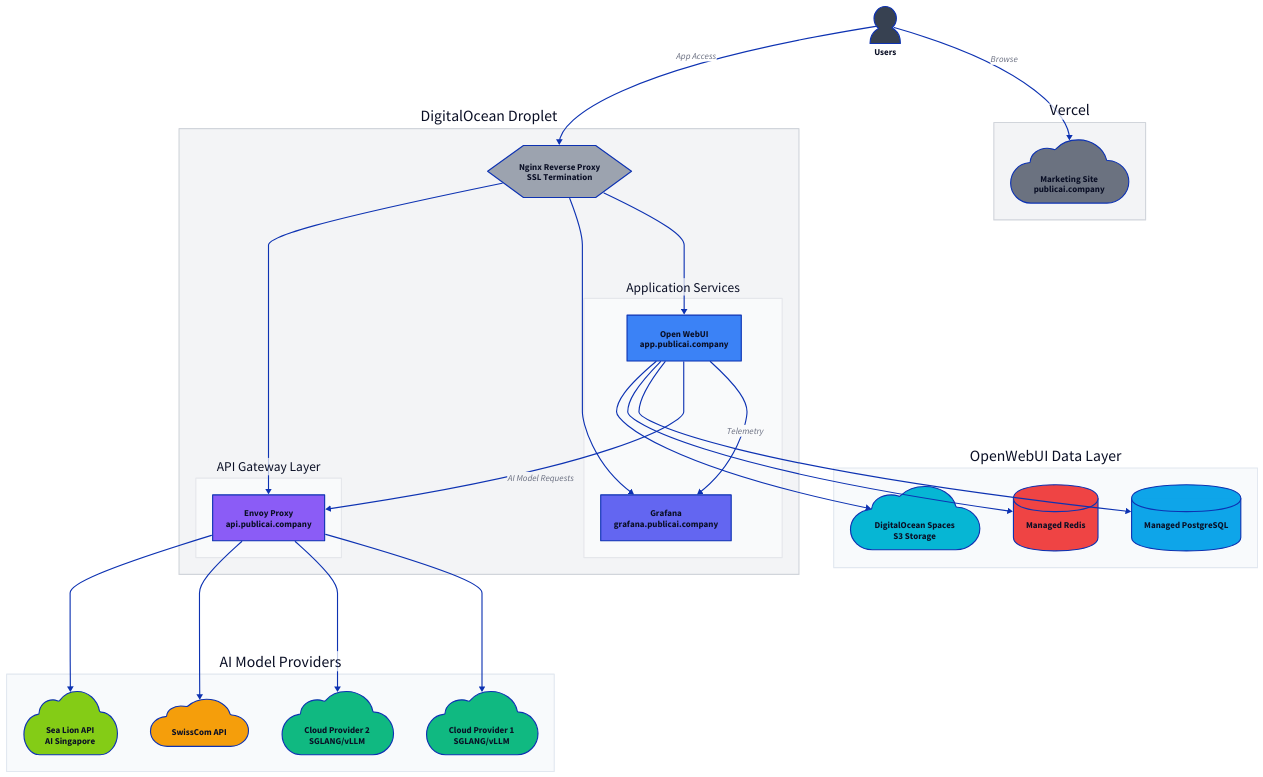
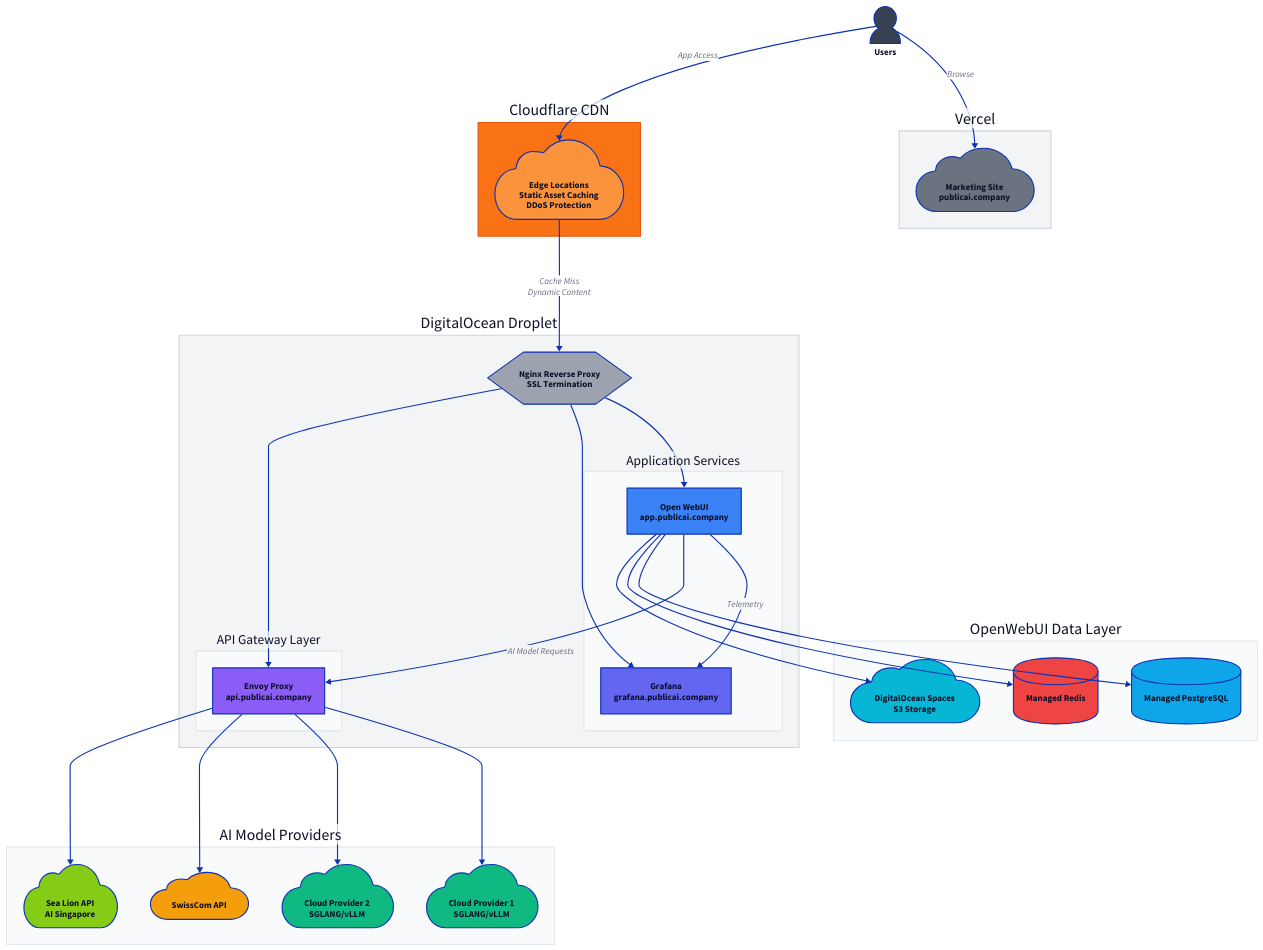
Before and after one commit to forpublicai/chat.publicai.co: the diagram in architecture.d2, drawn with D2. The commit also changed 1 other file, not shown here.

Commit message:
Add cloudflare

```diff
--- a/architecture.d2
+++ b/architecture.d2
@@ -1,146 +1,160 @@
 direction: down
 
 # Users
 users: {
   label: "Users"
   shape: person
   style.fill: "#374151"
+}
+
+# CDN Layer
+cloudflare: {
+  label: "Cloudflare CDN"
+  style.fill: "#f97316"
+  style.stroke: "#ea580c"
+
+  cdn: {
+    label: "Edge Locations\nStatic Asset Caching\nDDoS Protection"
+    shape: cloud
+    style.fill: "#fb923c"
+  }
 }
 
 # External Marketing
 vercel: {
   label: "Vercel"
   style.fill: "#f3f4f6"
   style.stroke: "#d1d5db"
 
   marketing: {
     label: "Marketing Site\npublicai.company"
     shape: cloud
     style.fill: "#6b7280"
   }
 }
 
 # Main Infrastructure
 droplet: {
   label: "DigitalOcean Droplet"
   style.fill: "#f3f4f6"
   style.stroke: "#d1d5db"
 
   # Load Balancer
   nginx: {
     label: "Nginx Reverse Proxy\nSSL Termination"
     shape: hexagon
     style.fill: "#9ca3af"
   }
 
   # Application Layer
   app_services: {
     label: "Application Services"
     style.fill: "#f9fafb"
     style.stroke: "#e5e7eb"
 
     openwebui: {
       label: "Open WebUI\napp.publicai.company"
       shape: rectangle
       style.fill: "#3b82f6"
     }
 
     grafana: {
       label: "Grafana\ngrafana.publicai.company"
       shape: rectangle
       style.fill: "#6366f1"
     }
 
   }
 
   # API Gateway
   api_gateway: {
     label: "API Gateway Layer"
     style.fill: "#f9fafb"
     style.stroke: "#e5e7eb"
 
     envoy: {
       label: "Envoy Proxy\napi.publicai.company"
       shape: rectangle
       style.fill: "#8b5cf6"
     }
 
   }
 
   # Internal connections
   nginx -> app_services.openwebui
   nginx -> app_services.grafana
   nginx -> api_gateway.envoy
 
   app_services.openwebui -> app_services.grafana: "Telemetry"
   app_services.openwebui -> api_gateway.envoy: "AI Model Requests"
 }
 
 # OpenWebUI Dependencies (External Managed Services)
 openwebui_deps: {
   label: "OpenWebUI Data Layer"
   style.fill: "#f8fafc"
   style.stroke: "#e2e8f0"
 
   postgres: {
     label: "Managed PostgreSQL"
     shape: cylinder
     style.fill: "#0ea5e9"
   }
 
   redis: {
     label: "Managed Redis"
     shape: cylinder
     style.fill: "#ef4444"
   }
 
   spaces: {
     label: "DigitalOcean Spaces\nS3 Storage"
     shape: cloud
     style.fill: "#06b6d4"
   }
 }
 
 # AI Providers (External)
 ai_providers: {
   label: "AI Model Providers"
   style.fill: "#f8fafc"
   style.stroke: "#e2e8f0"
 
   cloud_provider_1: {
     label: "Cloud Provider 1\nSGLANG/vLLM"
     shape: cloud
     style.fill: "#10b981"
   }
 
   cloud_provider_2: {
     label: "Cloud Provider 2\nSGLANG/vLLM"
     shape: cloud
     style.fill: "#10b981"
   }
 
   swisscom: {
     label: "SwissCom API"
     shape: cloud
     style.fill: "#f59e0b"
   }
 
   sealion: {
     label: "Sea Lion API\nAI Singapore"
     shape: cloud
     style.fill: "#84cc16"
   }
 }
 
 # External connections
 users -> vercel.marketing: "Browse"
-users -> droplet.nginx: "App Access"
+users -> cloudflare.cdn: "App Access"
+cloudflare.cdn -> droplet.nginx: "Cache Miss\nDynamic Content"
 
 droplet.app_services.openwebui -> openwebui_deps.postgres
 droplet.app_services.openwebui -> openwebui_deps.redis
 droplet.app_services.openwebui -> openwebui_deps.spaces
 
 droplet.api_gateway.envoy -> ai_providers.cloud_provider_1
 droplet.api_gateway.envoy -> ai_providers.cloud_provider_2
 droplet.api_gateway.envoy -> ai_providers.swisscom
 droplet.api_gateway.envoy -> ai_providers.sealion
```
